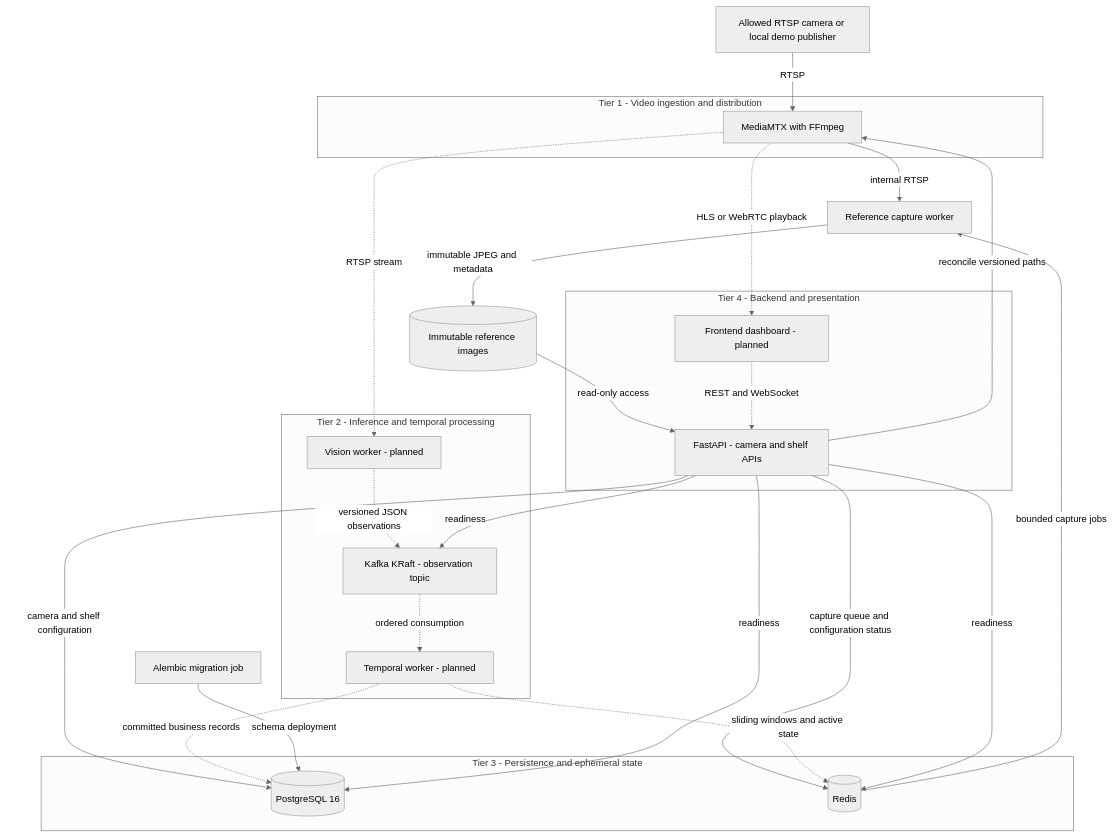
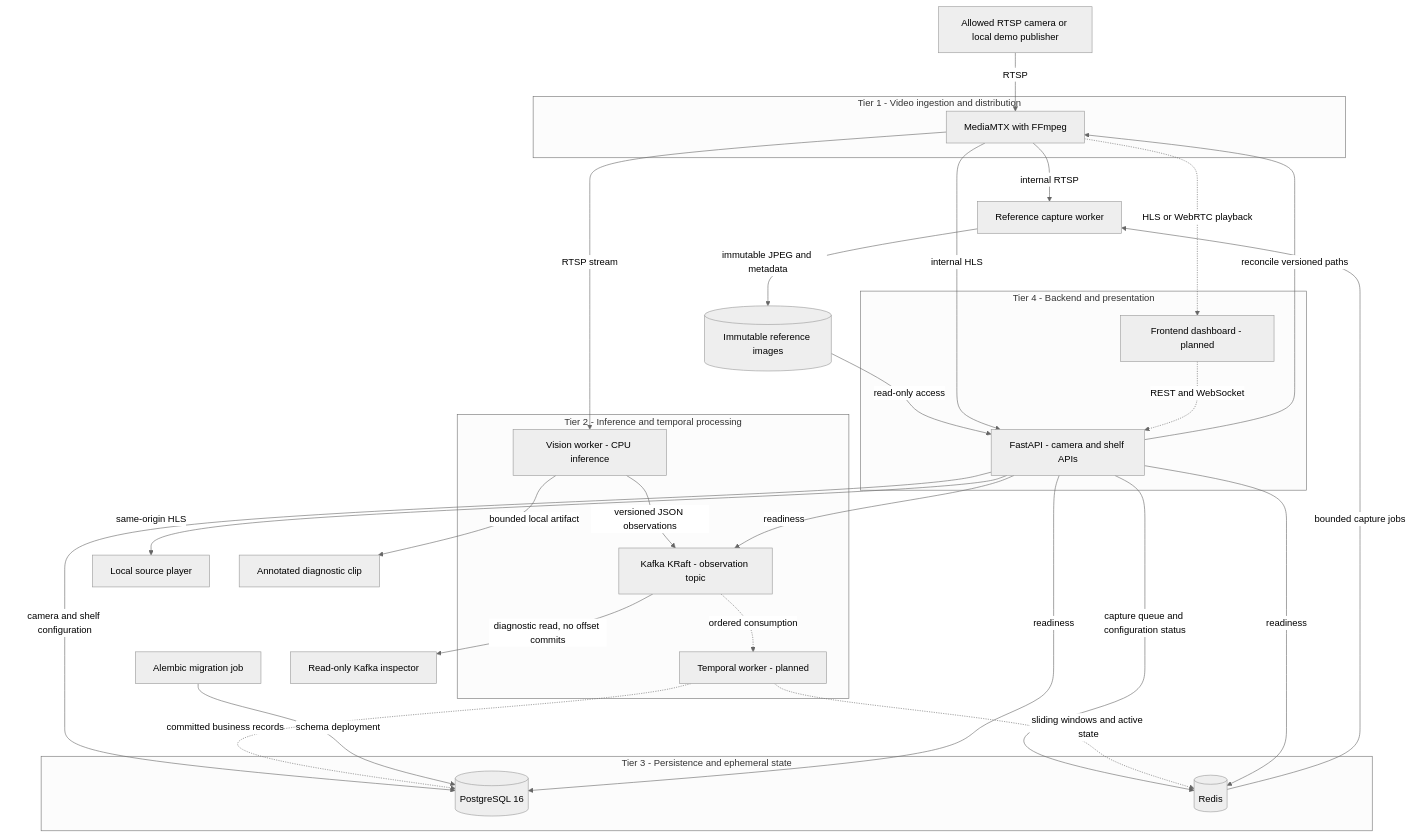
Before and after one commit to jairtonbrasil/Biomechanical-and-Multimodal-Shopper-Behavior-Analytics: the second of 3 diagrams in README.md, drawn with Mermaid (neutral theme). The commit also changed other lines of this file and 51 other files, not shown here.

First line of the commit message:
feat(vision): add iProx inference pipeline and Kafka diagnostics

````diff
--- a/README.md
+++ b/README.md
@@ -257,44 +259,51 @@
 ```mermaid
 flowchart TB
     Camera[Allowed RTSP camera or local demo publisher]
 
     subgraph Video["Tier 1 - Video ingestion and distribution"]
         Proxy[MediaMTX with FFmpeg]
     end
     subgraph Processing["Tier 2 - Inference and temporal processing"]
-        Vision[Vision worker - planned]
+        Vision[Vision worker - CPU inference]
         Kafka[Kafka KRaft - observation topic]
         Temporal[Temporal worker - planned]
     end
     subgraph Data["Tier 3 - Persistence and ephemeral state"]
         DB[(PostgreSQL 16)]
         Redis[(Redis)]
     end
     subgraph Presentation["Tier 4 - Backend and presentation"]
         API[FastAPI - camera and shelf APIs]
         Frontend[Frontend dashboard - planned]
     end
     Capture[Reference capture worker]
     References[(Immutable reference images)]
     Migrate[Alembic migration job]
+    Inspector[Read-only Kafka inspector]
+    Browser[Local source player]
+    Preview[Annotated diagnostic clip]
 
     Camera -->|RTSP| Proxy
     API -->|reconcile versioned paths| Proxy
     API -->|camera and shelf configuration| DB
     API -->|capture queue and configuration status| Redis
     Redis -->|bounded capture jobs| Capture
     Proxy -->|internal RTSP| Capture
     Capture -->|immutable JPEG and metadata| References
     References -->|read-only access| API
-    Proxy -. RTSP stream .-> Vision
-    Vision -. versioned JSON observations .-> Kafka
+    Proxy -->|RTSP stream| Vision
+    Vision -->|versioned JSON observations| Kafka
+    Kafka -->|diagnostic read, no offset commits| Inspector
+    Vision -->|bounded local artifact| Preview
+    Proxy -->|internal HLS| API
+    API -->|same-origin HLS| Browser
     Kafka -. ordered consumption .-> Temporal
     Temporal -. committed business records .-> DB
     Temporal -. sliding windows and active state .-> Redis
     Frontend -. REST and WebSocket .-> API
     Proxy -. HLS or WebRTC playback .-> Frontend
     Migrate -->|schema deployment| DB
     API -->|readiness| DB
     API -->|readiness| Redis
     API -->|readiness| Kafka
 ```
````
